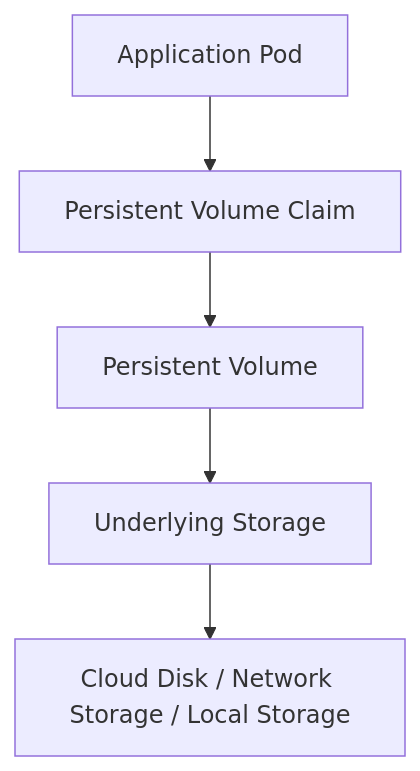
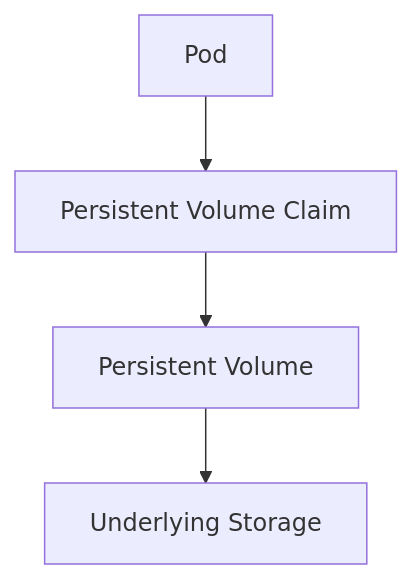
Before and after one commit to chidvi123/MLOps: the ninth of 12 diagrams in READMENEW.md, drawn with Mermaid. The commit also changed other lines of this file, not shown here.

````diff
--- a/READMENEW.md
+++ b/READMENEW.md
@@ -652,7 +224,6 @@
 ```mermaid
-flowchart TD
-    A["Application Pod"] --> B["Persistent Volume Claim"]
-    B --> C["Persistent Volume"]
-    C --> D["Underlying Storage"]
-    D --> E["Cloud Disk / Network Storage / Local Storage"]
+flowchart TB
+    P["Pod"] --> PVC["Persistent Volume Claim"]
+    PVC --> PV["Persistent Volume"]
+    PV --> S["Underlying Storage"]
 ```
````
